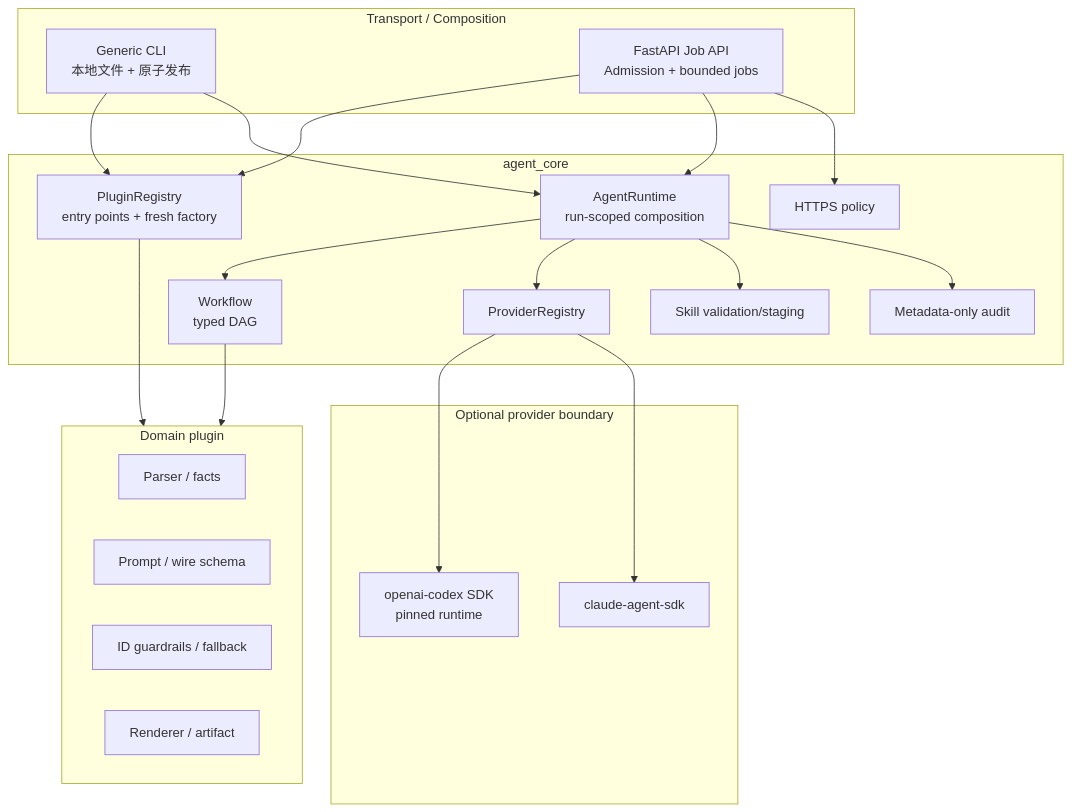
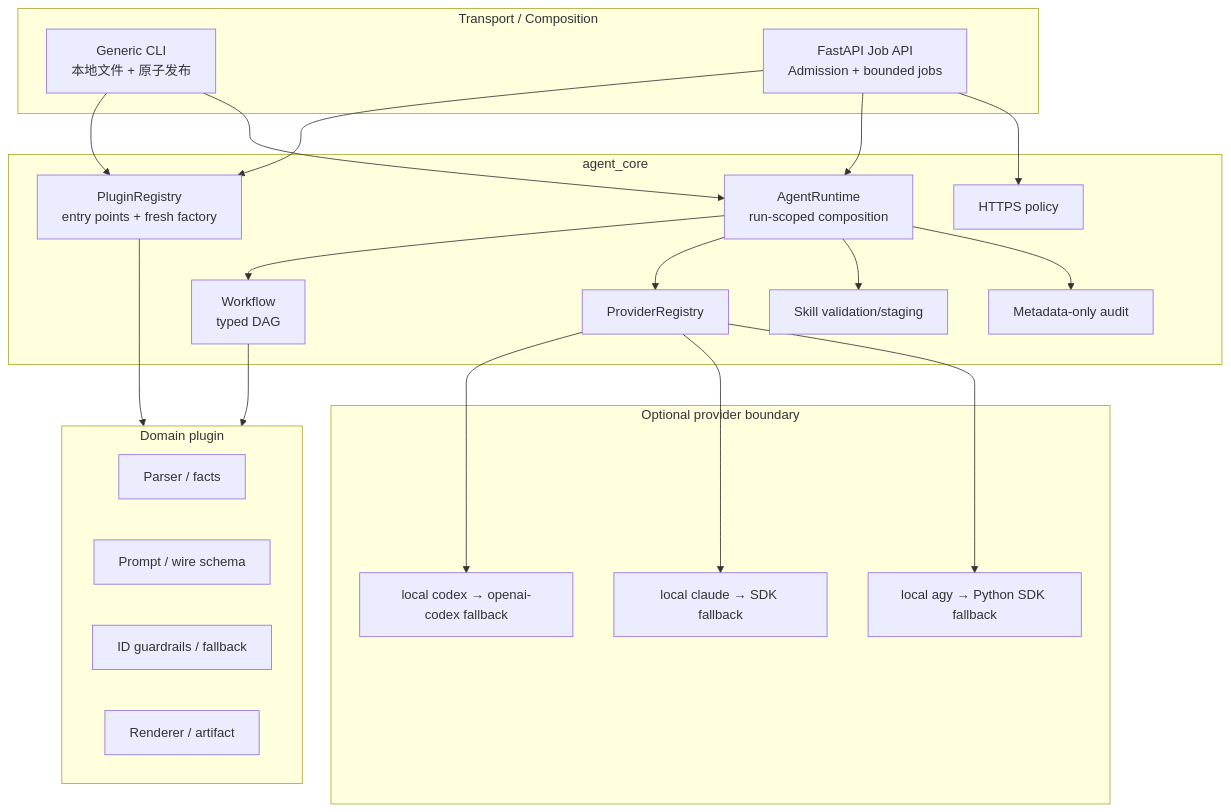
The second of 4 diagrams in README.md (elvinyao/claudecode-agent-tool), drawn with Mermaid before and after one commit. The commit also changed other lines of this file and 23 other files, not shown here.

````diff
--- a/README.md
+++ b/README.md
@@ -710,43 +749,45 @@
 ```mermaid
 flowchart TB
     subgraph Transport["Transport / Composition"]
         CLI["Generic CLI\n本地文件 + 原子发布"]
         WEB["FastAPI Job API\nAdmission + bounded jobs"]
     end
 
     subgraph Core["agent_core"]
         REG["PluginRegistry\nentry points + fresh factory"]
         RT["AgentRuntime\nrun-scoped composition"]
         DAG["Workflow\ntyped DAG"]
         PR["ProviderRegistry"]
         SK["Skill validation/staging"]
         AU["Metadata-only audit"]
         IO["HTTPS policy"]
     end
 
     subgraph Plugin["Domain plugin"]
         PARSE["Parser / facts"]
         PROMPT["Prompt / wire schema"]
         RULES["ID guardrails / fallback"]
         RENDER["Renderer / artifact"]
     end
 
     subgraph Provider["Optional provider boundary"]
-        CODEX["openai-codex SDK\npinned runtime"]
-        CLAUDE["claude-agent-sdk"]
+        CODEX["local codex → openai-codex fallback"]
+        CLAUDE["local claude → SDK fallback"]
+        AGY["local agy → Python SDK fallback"]
     end
 
     CLI --> REG
     WEB --> REG
     CLI --> RT
     WEB --> RT
     RT --> DAG
     RT --> PR
     RT --> SK
     RT --> AU
     WEB --> IO
     REG --> Plugin
     DAG --> Plugin
     PR --> CODEX
     PR --> CLAUDE
+    PR --> AGY
 ```
````
